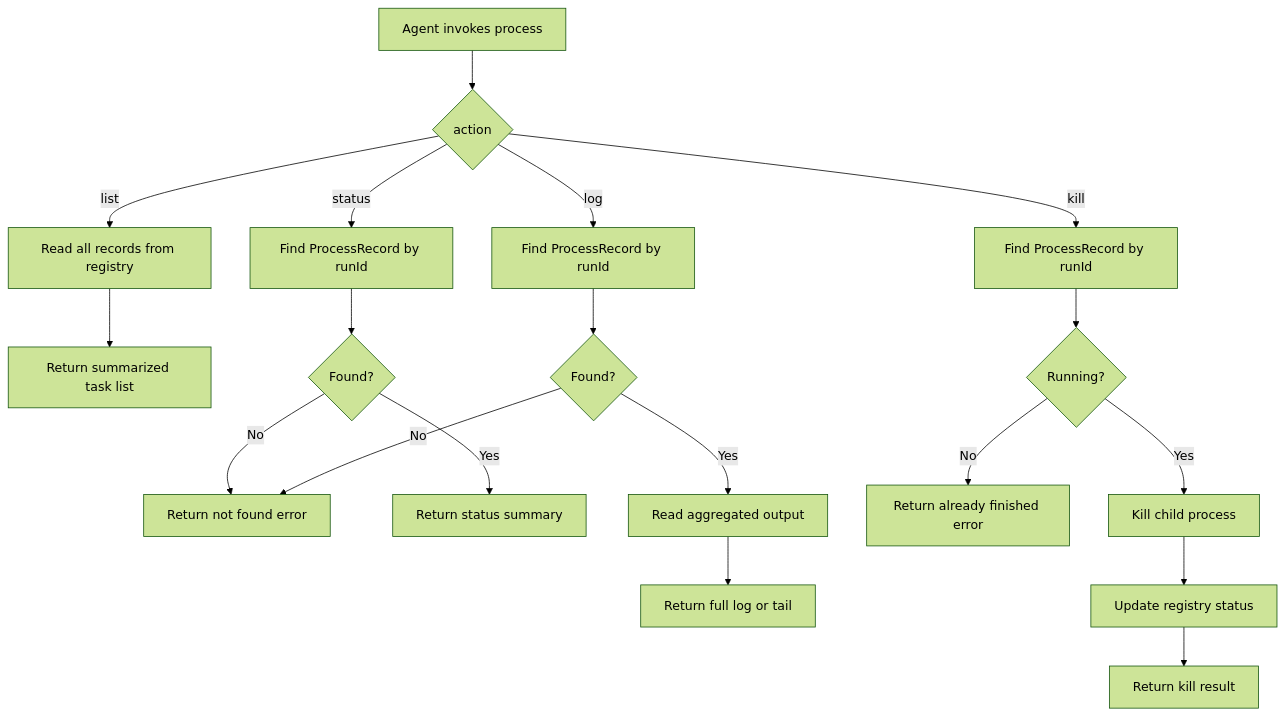
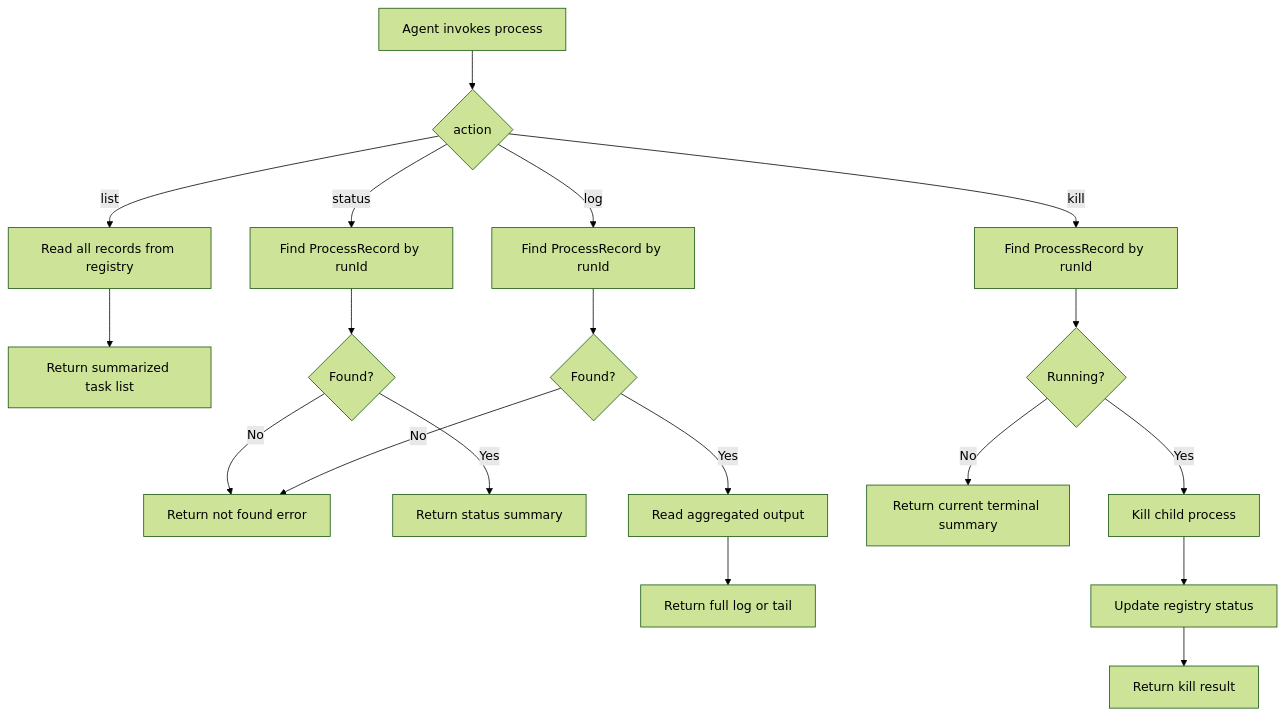
The seventh of 9 diagrams in docs/exec-process-flow-design.md (luciferwww/my-agent), drawn with Mermaid (forest theme) before and after one commit. The commit also changed other lines of this file and 26 other files, not shown here.

````diff
--- a/docs/exec-process-flow-design.md
+++ b/docs/exec-process-flow-design.md
@@ -566,25 +889,25 @@
 ```mermaid
 flowchart TD
   A[Agent invokes process] --> B{action}
 
   B -->|list| C[Read all records from registry]
   C --> D[Return summarized task list]
 
   B -->|status| E[Find ProcessRecord by runId]
   E --> F{Found?}
   F -->|No| G[Return not found error]
   F -->|Yes| H[Return status summary]
 
   B -->|log| I[Find ProcessRecord by runId]
   I --> J{Found?}
   J -->|No| G
   J -->|Yes| K[Read aggregated output]
   K --> L[Return full log or tail]
 
   B -->|kill| M[Find ProcessRecord by runId]
   M --> N{Running?}
-  N -->|No| O[Return already finished error]
+  N -->|No| O[Return current terminal summary]
   N -->|Yes| P[Kill child process]
   P --> Q[Update registry status]
   Q --> R[Return kill result]
 ```
````
